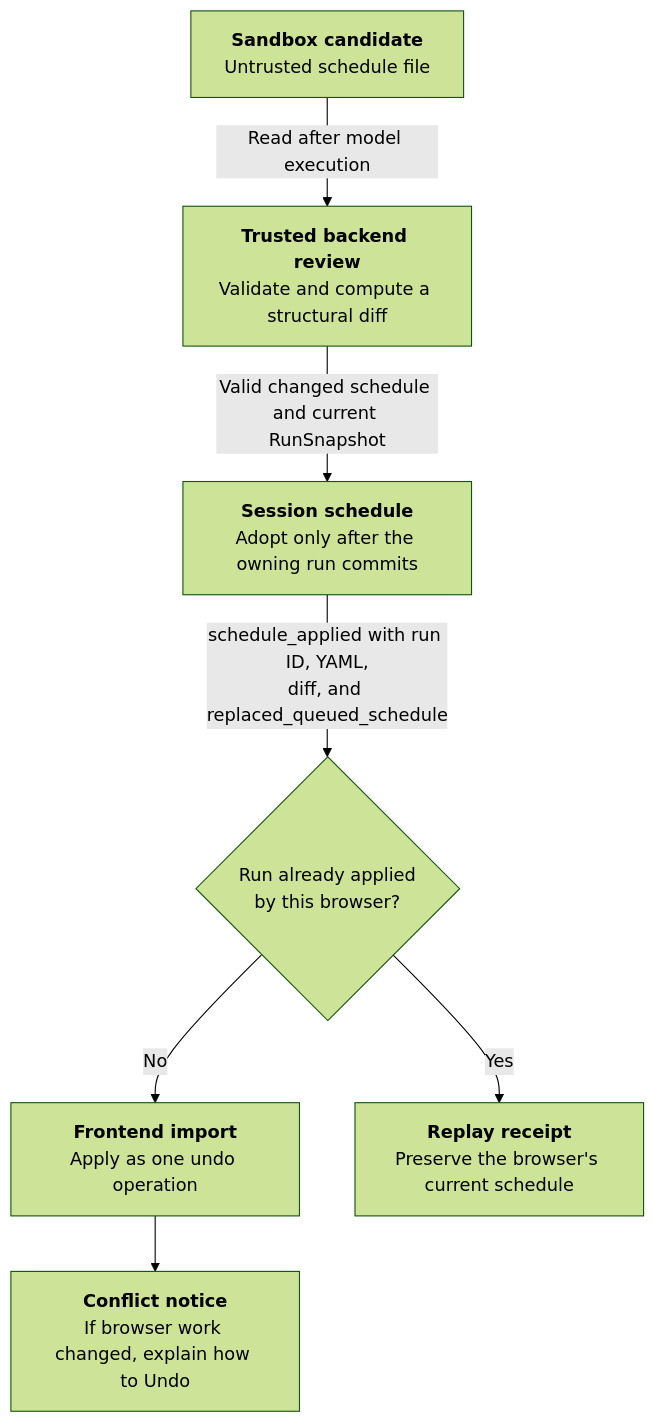
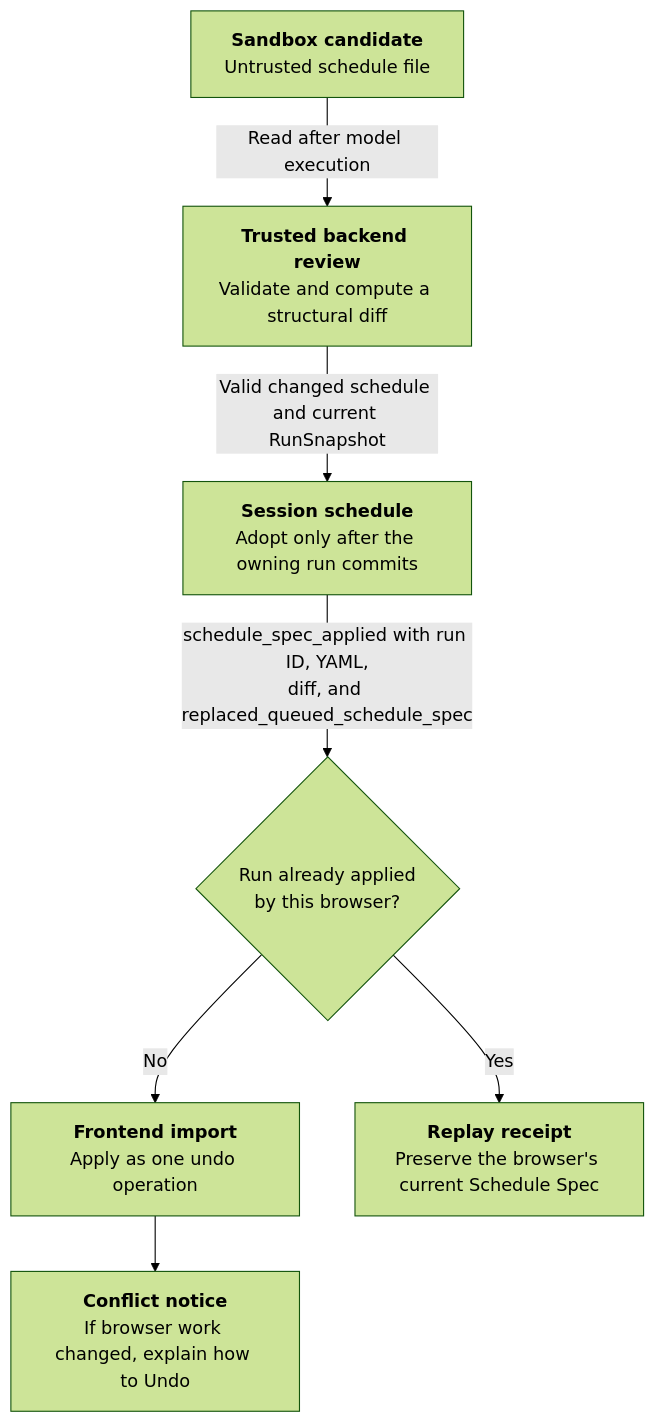
The sixth of 6 diagrams in docs/content/developer-guide/ai-assistant.md (j3soon/nurse-scheduling), drawn with Mermaid (forest theme) before and after one commit. The commit also changed other lines of this file and 143 other files, not shown here.

First line of the commit message:
refactor(ai): align current protocol and workspace with Schedule Spec

````diff
--- a/docs/content/developer-guide/ai-assistant.md
+++ b/docs/content/developer-guide/ai-assistant.md
@@ -771,16 +749,16 @@
 ```mermaid
 flowchart TB
     Candidate["<b>Sandbox candidate</b><br/>Untrusted schedule file"]
     Validation["<b>Trusted backend review</b><br/>Validate and compute a structural diff"]
     Session["<b>Session schedule</b><br/>Adopt only after the owning run commits"]
     Replay{"Run already applied<br/>by this browser?"}
     Import["<b>Frontend import</b><br/>Apply as one undo operation"]
     Notice["<b>Conflict notice</b><br/>If browser work changed, explain how to Undo"]
-    Keep["<b>Replay receipt</b><br/>Preserve the browser's current schedule"]
+    Keep["<b>Replay receipt</b><br/>Preserve the browser's current Schedule Spec"]
     Candidate -->|Read after model execution| Validation
     Validation -->|Valid changed schedule and current RunSnapshot| Session
-    Session -->|schedule_applied with run ID, YAML,<br/>diff, and replaced_queued_schedule| Replay
+    Session -->|schedule_spec_applied with run ID, YAML,<br/>diff, and replaced_queued_schedule_spec| Replay
     Replay -->|No| Import
     Import --> Notice
     Replay -->|Yes| Keep
 ```
````
